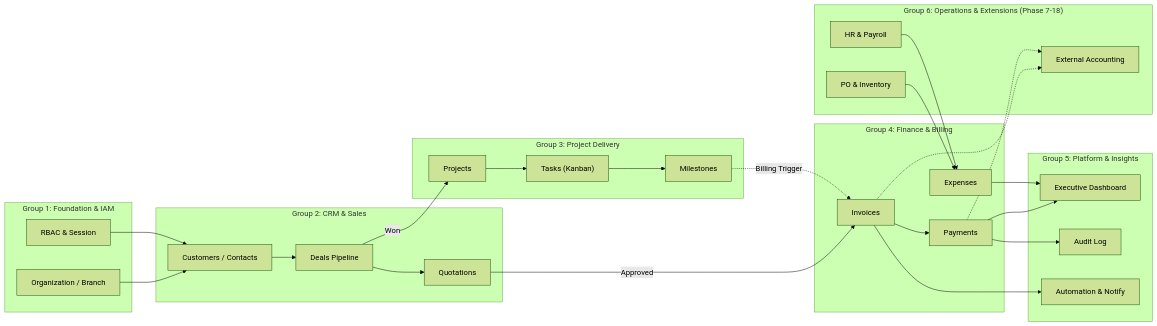
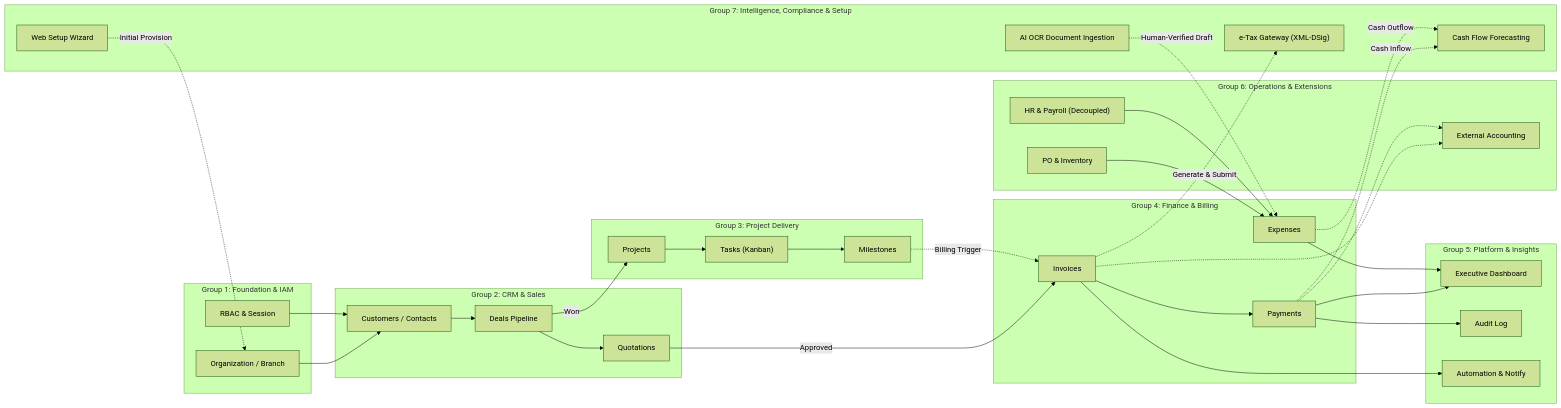
One commit to anuwatm/ERP changed the first of 33 diagrams in document/GROUPS_WORKFLOW.md. Above: the diagram before and after it, drawn with Mermaid (forest theme). The commit also changed other lines of this file and 14 other files, not shown here.

Commit message:
update all document and diagram

````diff
--- a/document/GROUPS_WORKFLOW.md
+++ b/document/GROUPS_WORKFLOW.md
@@ -22,55 +23,67 @@
 ```mermaid
 flowchart LR
     subgraph G1 ["Group 1: Foundation & IAM"]
         Org["Organization / Branch"]
         RBAC["RBAC & Session"]
     end
 
     subgraph G2 ["Group 2: CRM & Sales"]
         Customer["Customers / Contacts"]
         Deal["Deals Pipeline"]
         Quote["Quotations"]
     end
 
     subgraph G3 ["Group 3: Project Delivery"]
         Project["Projects"]
         Task["Tasks (Kanban)"]
         Milestone["Milestones"]
     end
 
     subgraph G4 ["Group 4: Finance & Billing"]
         Invoice["Invoices"]
         Payment["Payments"]
         Expense["Expenses"]
     end
 
     subgraph G5 ["Group 5: Platform & Insights"]
         Dash["Executive Dashboard"]
         Audit["Audit Log"]
         Auto["Automation & Notify"]
     end
 
-    subgraph G6 ["Group 6: Operations & Extensions (Phase 7-18)"]
+    subgraph G6 ["Group 6: Operations & Extensions"]
         Stock["PO & Inventory"]
-        HR["HR & Payroll"]
+        HR["HR & Payroll (Decoupled)"]
         Ext["External Accounting"]
     end
 
+    subgraph G7 ["Group 7: Intelligence, Compliance & Setup"]
+        ETax["e-Tax Gateway (XML-DSig)"]
+        CashFlow["Cash Flow Forecasting"]
+        OCR["AI OCR Document Ingestion"]
+        Installer["Web Setup Wizard"]
+    end
+
     %% Flow connections
+    Installer -. Initial Provision .-> Org
+    Invoice -. Generate & Submit .-> ETax
+    Payment -. Cash Inflow .-> CashFlow
+    Expense -. Cash Outflow .-> CashFlow
+    OCR -. Human-Verified Draft .-> Expense
     Org --> Customer
     RBAC --> Customer
     Customer --> Deal --> Quote
     Deal -->|Won| Project
     Quote -->|Approved| Invoice
     Project --> Task --> Milestone
     Milestone -.->|Billing Trigger| Invoice
     Invoice --> Payment
     Payment --> Dash
     Expense --> Dash
     Invoice -.-> Ext
     Payment -.-> Ext
     Stock --> Expense
     HR --> Expense
     Payment --> Audit
     Invoice --> Auto
 ```
````
